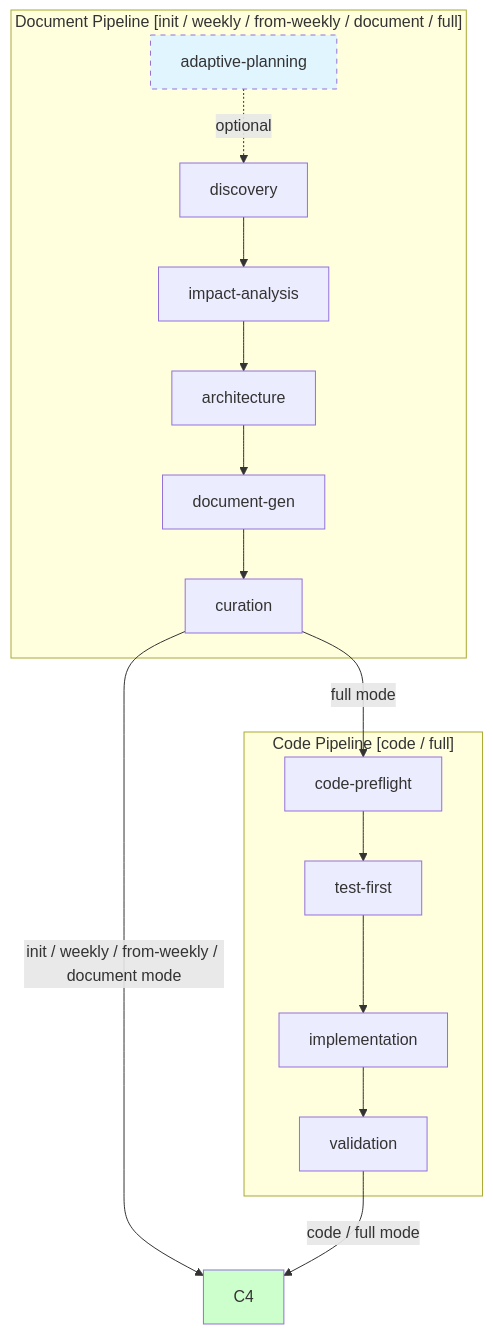
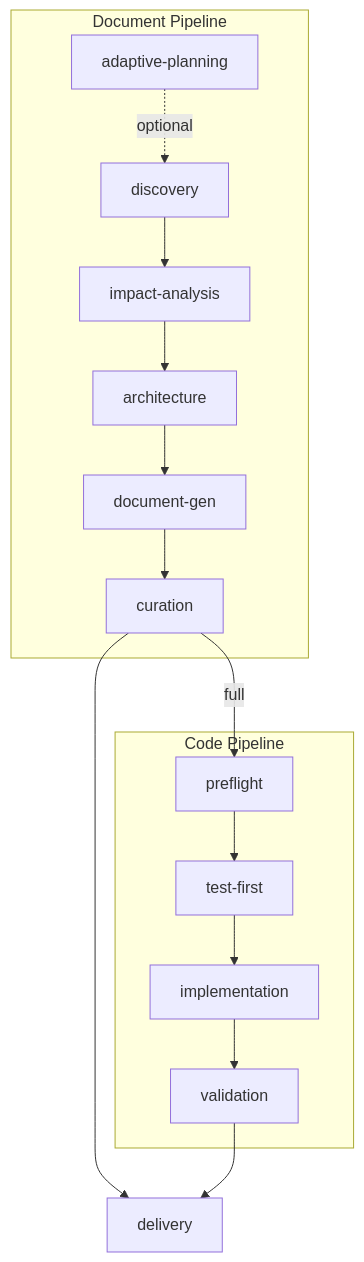
One commit to effiy/YrY changed the diagram in skills/rui/SKILL.md. Above: the diagram before and after it, drawn with Mermaid. The commit also changed other lines of this file and 4 other files, not shown here.

````diff
--- a/skills/rui/SKILL.md
+++ b/skills/rui/SKILL.md
@@ -11,16 +11,13 @@
 ```mermaid
 graph TD
-    subgraph "Document Pipeline [init / weekly / from-weekly / document / full]"
+    subgraph "Document Pipeline"
         D0[adaptive-planning] -.->|optional| D1[discovery]
         D1 --> D2[impact-analysis] --> D3[architecture] --> D4[document-gen] --> D5[curation]
     end
-    subgraph "Code Pipeline [code / full]"
-        C0[code-preflight] --> C1[test-first] --> C2[implementation] --> C3[validation]
+    subgraph "Code Pipeline"
+        C0[preflight] --> C1[test-first] --> C2[implementation] --> C3[validation]
     end
-    D5 -->|full mode| C0
-    D5 -->|init / weekly / from-weekly / document mode| C4
-    C3 -->|code / full mode| C4
-
-    style D0 fill:#e1f5ff,stroke-dasharray:5
-    style C4 fill:#ccffcc
+    D5 -->|full| C0
+    D5 --> C4[delivery]
+    C3 --> C4
 ```
````
